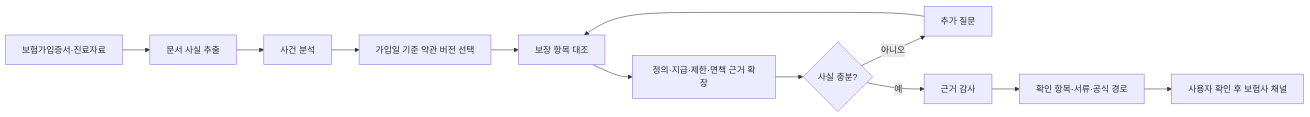
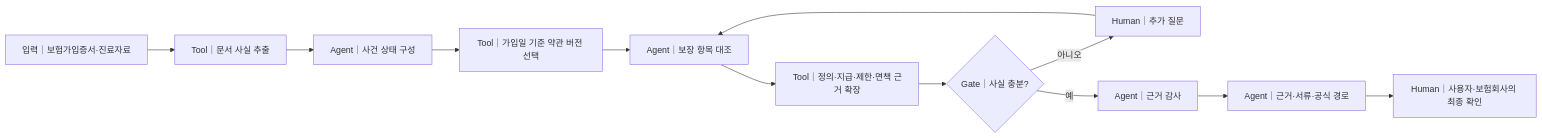
Before and after one commit to turtlehwan/2026-finance-ai-challenge: the first of 2 diagrams in docs/submission-visuals.md, drawn with Mermaid. The commit also changed other lines of this file and 7 other files, not shown here.

````diff
--- a/docs/submission-visuals.md
+++ b/docs/submission-visuals.md
@@ -11,14 +13,14 @@
 ```mermaid
 flowchart LR
-    A["보험가입증서·진료자료"] --> B["문서 사실 추출"]
-    B --> C["사건 분석"]
-    C --> D["가입일 기준 약관 버전 선택"]
-    D --> E["보장 항목 대조"]
-    E --> F["정의·지급·제한·면책 근거 확장"]
-    F --> G{"사실 충분?"}
-    G -- 아니오 --> H["추가 질문"]
+    A["입력｜보험가입증서·진료자료"] --> B["Tool｜문서 사실 추출"]
+    B --> C["Agent｜사건 상태 구성"]
+    C --> D["Tool｜가입일 기준 약관 버전 선택"]
+    D --> E["Agent｜보장 항목 대조"]
+    E --> F["Tool｜정의·지급·제한·면책 근거 확장"]
+    F --> G{"Gate｜사실 충분?"}
+    G -- 아니오 --> H["Human｜추가 질문"]
     H --> E
-    G -- 예 --> I["근거 감사"]
-    I --> J["확인 항목·서류·공식 경로"]
-    J --> K["사용자 확인 후 보험사 채널"]
+    G -- 예 --> I["Agent｜근거 감사"]
+    I --> J["Agent｜근거·서류·공식 경로"]
+    J --> K["Human｜사용자·보험회사의 최종 확인"]
 ```
````
